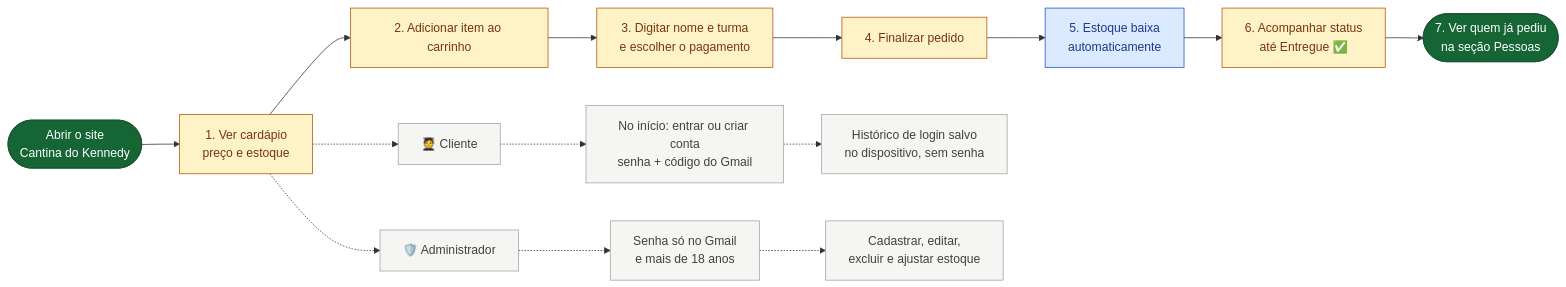
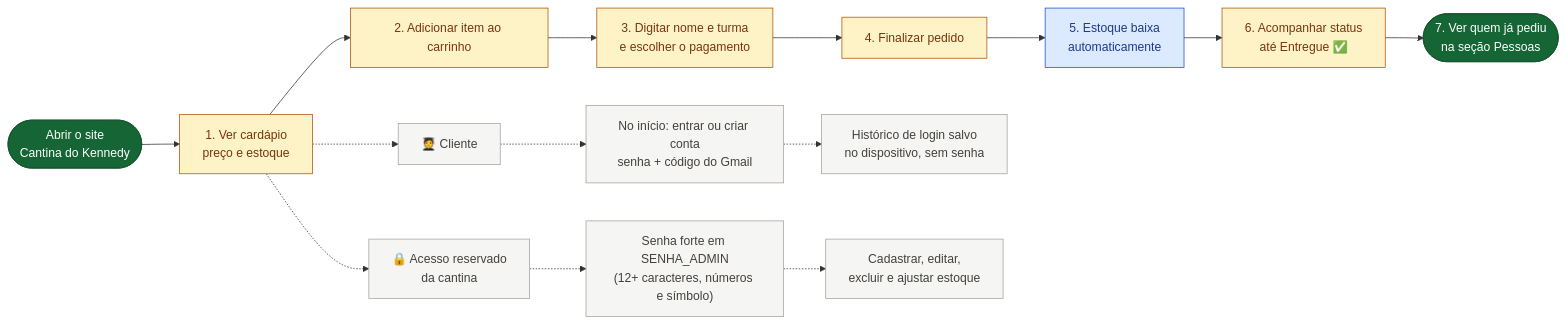
The diagram in fluxograma-simples.md (afonsomiguel700/cantina-kennedy), drawn with Mermaid before and after one commit. The commit also changed other lines of this file and 9 other files, not shown here.

Commit message:
Separa anos nas turmas e reforca senha admin

````diff
--- a/fluxograma-simples.md
+++ b/fluxograma-simples.md
@@ -12,29 +12,29 @@
 ```mermaid
 flowchart LR
     A(["Abrir o site<br/>Cantina do Kennedy"])
     B["1. Ver cardápio<br/>preço e estoque"]
     C["2. Adicionar item ao carrinho"]
     D["3. Digitar nome e turma<br/>e escolher o pagamento"]
     E["4. Finalizar pedido"]
     F["5. Estoque baixa<br/>automaticamente"]
     G["6. Acompanhar status<br/>até Entregue ✅"]
     H(["7. Ver quem já pediu<br/>na seção Pessoas"])
 
     A --> B --> C --> D --> E --> F --> G --> H
 
     B -.-> I["🧑‍🎓 Cliente"]
     I -.-> J["No início: entrar ou criar conta<br/>senha + código do Gmail"]
     J -.-> N["Histórico de login salvo<br/>no dispositivo, sem senha"]
-    B -.-> L["🛡️ Administrador"]
-    L -.-> M["Senha só no Gmail<br/>e mais de 18 anos"]
+    B -.-> L["🔒 Acesso reservado<br/>da cantina"]
+    L -.-> M["Senha forte em SENHA_ADMIN<br/>(12+ caracteres, números e símbolo)"]
     M -.-> K["Cadastrar, editar,<br/>excluir e ajustar estoque"]
 
     classDef inicio fill:#166534,stroke:#14532d,color:#ffffff;
     classDef acao fill:#fef3c7,stroke:#b45309,color:#78350f;
     classDef salvo fill:#dbeafe,stroke:#1d4ed8,color:#1e3a8a;
     classDef extra fill:#f5f5f4,stroke:#a8a29e,color:#44403c;
     class A,H inicio;
     class B,C,D,E,G acao;
     class F salvo;
     class I,J,L,M,K,N extra;
 ```
````
